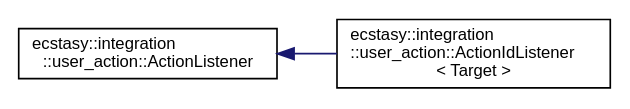
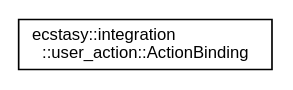
One commit to AndreasLrx/ecstasy changed the diagram in inherit_graph_28.dot. Above: the diagram before and after it, drawn with Graphviz. The commit also changed 398 other files, not shown here.

```diff
--- a/inherit_graph_28.dot
+++ b/inherit_graph_28.dot
@@ -1,10 +1,8 @@
 digraph "Graphical Class Hierarchy"
 {
  // LATEX_PDF_SIZE
   edge [fontname="Helvetica",fontsize="10",labelfontname="Helvetica",labelfontsize="10"];
   node [fontname="Helvetica",fontsize="10",shape=record];
   rankdir="LR";
-  Node0 [label="ecstasy::integration\l::user_action::ActionListener",height=0.2,width=0.4,color="black", fillcolor="white", style="filled",URL="$structecstasy_1_1integration_1_1user__action_1_1_action_listener.html",tooltip="Action listener component."];
-  Node0 -> Node1 [dir="back",color="midnightblue",fontsize="10",style="solid",fontname="Helvetica"];
-  Node1 [label="ecstasy::integration\l::user_action::ActionIdListener\l\< Target \>",height=0.2,width=0.4,color="black", fillcolor="white", style="filled",URL="$structecstasy_1_1integration_1_1user__action_1_1_action_id_listener.html",tooltip="Action listener component templated with the target action id."];
+  Node0 [label="ecstasy::integration\l::user_action::ActionBinding",height=0.2,width=0.4,color="black", fillcolor="white", style="filled",URL="$classecstasy_1_1integration_1_1user__action_1_1_action_binding.html",tooltip="Action binding class, represent a binding between an input and a given action."];
 }
```
